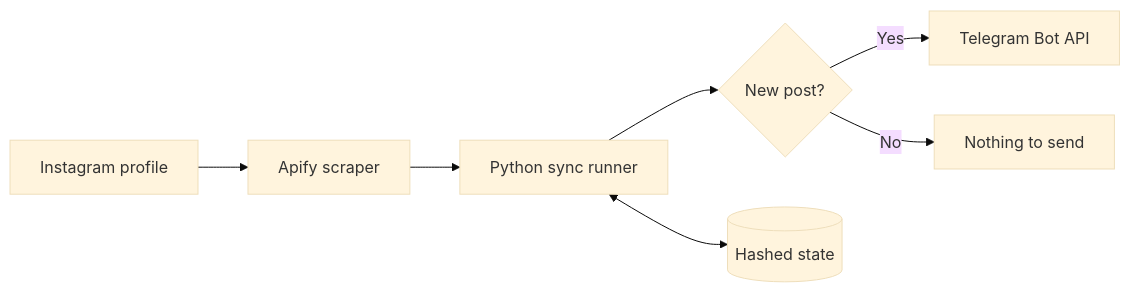
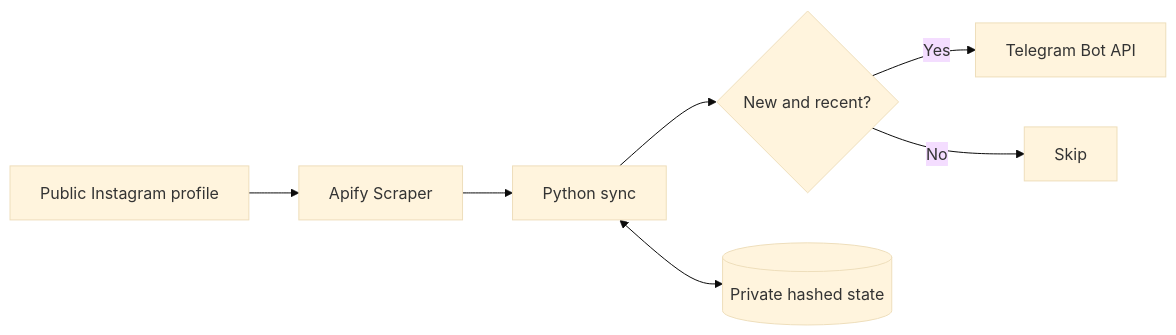
Before and after one commit to Bl0ck154/instagram-to-telegram: the diagram in README.md, drawn with Mermaid (base theme). The commit also changed other lines of this file and 12 other files, not shown here.

````diff
--- a/README.md
+++ b/README.md
@@ -33,9 +70,9 @@
 ```mermaid
 flowchart LR
-    IG[Instagram profile] --> AP[Apify scraper]
-    AP --> SYNC[Python sync runner]
-    SYNC --> NEW{New post?}
-    NEW -->|Yes| TG[Telegram Bot API]
-    NEW -->|No| STOP[Nothing to send]
-    SYNC <--> STATE[(Hashed state)]
+    A[Public Instagram profile] --> B[Apify Scraper]
+    B --> C[Python sync]
+    C --> D{New and recent?}
+    D -->|Yes| E[Telegram Bot API]
+    D -->|No| F[Skip]
+    C <--> G[(Private hashed state)]
 ```
````
